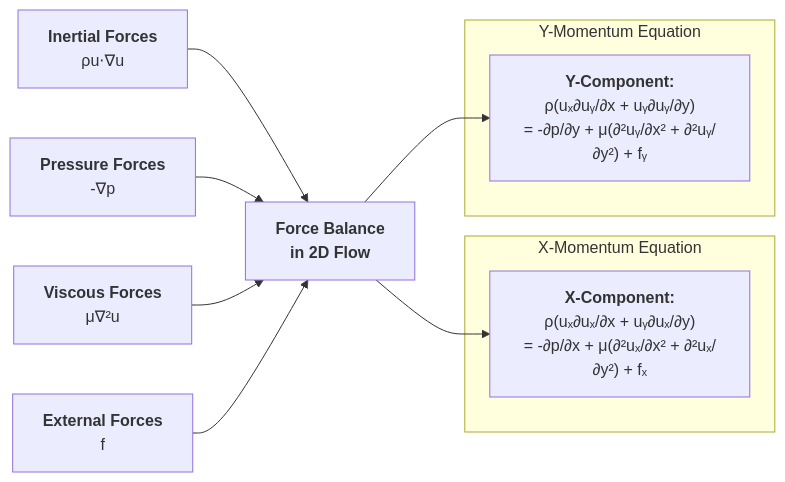
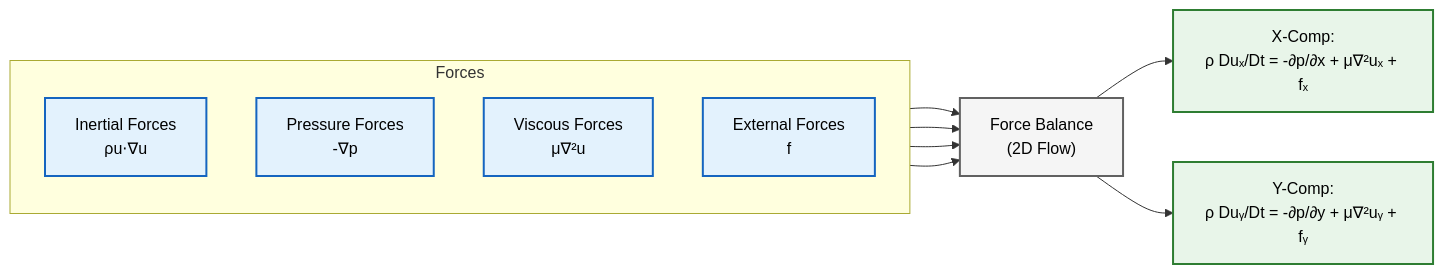
Before and after one commit to wramet/build-my-cfd: the second of 5 diagrams in MODULE_01_CFD_FUNDAMENTALS/CONTENT/01_GOVERNING_EQUATIONS/09_Exercises.md, drawn with Mermaid. The commit also changed other lines of this file and 313 other files, not shown here.

Commit message:
Revise all diagram

````diff
--- a/MODULE_01_CFD_FUNDAMENTALS/CONTENT/01_GOVERNING_EQUATIONS/09_Exercises.md
+++ b/MODULE_01_CFD_FUNDAMENTALS/CONTENT/01_GOVERNING_EQUATIONS/09_Exercises.md
@@ -100,24 +98,24 @@
 ```mermaid
 graph LR
-    F_inertial["<b>Inertial Forces</b><br/>ρu⋅∇u"] --> ForceBalance["<b>Force Balance<br/>in 2D Flow</b>"]
-    F_pressure["<b>Pressure Forces</b><br/>-∇p"] --> ForceBalance
-    F_viscous["<b>Viscous Forces</b><br/>μ∇²u"] --> ForceBalance
-    F_external["<b>External Forces</b><br/>f"] --> ForceBalance
+subgraph Forces
+    direction TB
+    F_inertial["Inertial Forces<br/>ρu⋅∇u"]:::implicit
+    F_pressure["Pressure Forces<br/>-∇p"]:::implicit
+    F_viscous["Viscous Forces<br/>μ∇²u"]:::implicit
+    F_external["External Forces<br/>f"]:::implicit
+end
 
-    subgraph "X-Momentum Equation"
-        XMomentum["<b>X-Component:</b><br/>ρ(uₓ∂uₓ/∂x + uᵧ∂uₓ/∂y)<br/>= -∂p/∂x + μ(∂²uₓ/∂x² + ∂²uₓ/∂y²) + fₓ"]
-    end
+ForceBalance["Force Balance<br/>(2D Flow)"]:::context
 
-    subgraph "Y-Momentum Equation"
-        YMomentum["<b>Y-Component:</b><br/>ρ(uₓ∂uᵧ/∂x + uᵧ∂uᵧ/∂y)<br/>= -∂p/∂y + μ(∂²uᵧ/∂x² + ∂²uᵧ/∂y²) + fᵧ"]
-    end
+F_inertial --> ForceBalance
+F_pressure --> ForceBalance
+F_viscous --> ForceBalance
+F_external --> ForceBalance
 
-    ForceBalance --> XMomentum
-    ForceBalance --> YMomentum
+ForceBalance --> XMomentum["X-Comp:<br/>ρ Duₓ/Dt = -∂p/∂x + μ∇²uₓ + fₓ"]:::success
+ForceBalance --> YMomentum["Y-Comp:<br/>ρ Duᵧ/Dt = -∂p/∂y + μ∇²uᵧ + fᵧ"]:::success
 
-%% Styling Definitions
-classDef process fill:#e3f2fd,stroke:#1565c0,stroke-width:2px,color:#000;
-classDef decision fill:#fff9c4,stroke:#fbc02d,stroke-width:2px,color:#000;
-classDef terminator fill:#ffebee,stroke:#c62828,stroke-width:2px,color:#000;
-classDef storage fill:#e8f5e9,stroke:#2e7d32,stroke-width:2px,color:#000;
+classDef context fill:#f5f5f5,stroke:#616161,stroke-width:2px,color:#000;
+classDef implicit fill:#e3f2fd,stroke:#1565c0,stroke-width:2px,color:#000;
+classDef success fill:#e8f5e9,stroke:#2e7d32,stroke-width:2px,color:#000;
 ```
````
